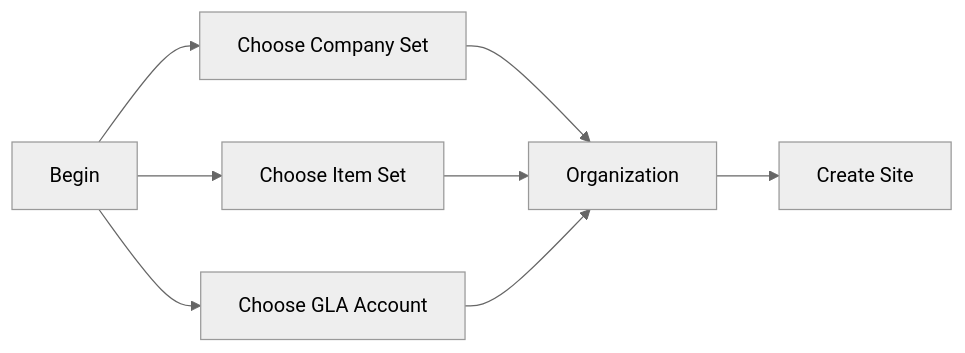
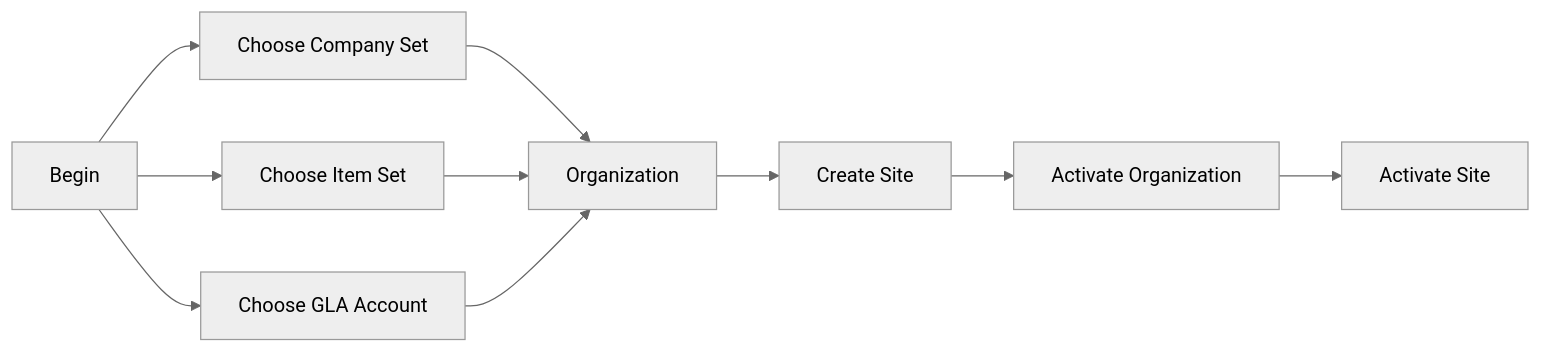
Before and after one commit to codersyacht/maximo-knowledge-center: the diagram in maximo/administration/organizations/01-organization-definition.md, drawn with Mermaid (neutral theme).

Commit message:
01-organization-definition.md

````diff
--- a/maximo/administration/organizations/01-organization-definition.md
+++ b/maximo/administration/organizations/01-organization-definition.md
@@ -13,10 +13,12 @@
 ```mermaid
 graph LR
 A[Begin]-->B[Choose Company Set]
 A[Begin]-->C[Choose Item Set]
 A[Begin]-->D[Choose GLA Account]
 B-->E[Organization]
 C-->E
 D-->E
 E-->F[Create Site]
+F-->G[Activate Organization]
+G-->H[Activate Site]
 ```
````
